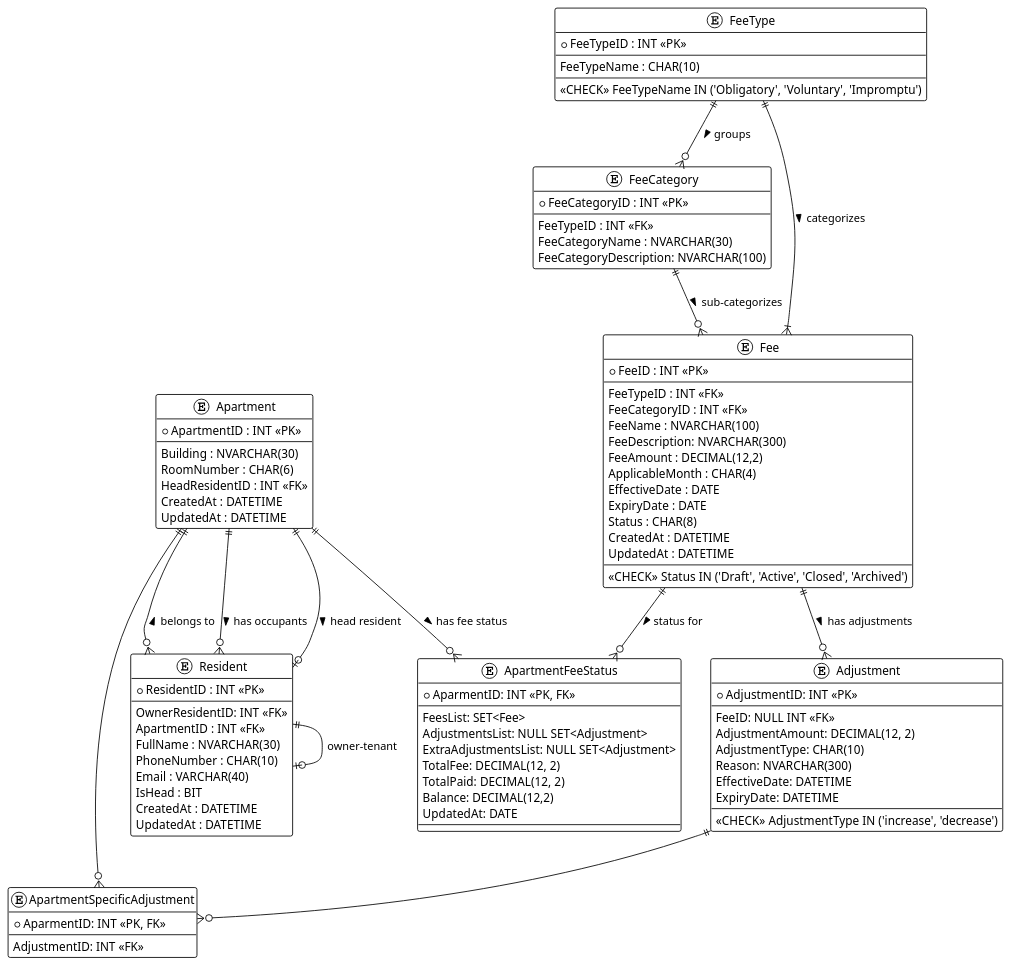
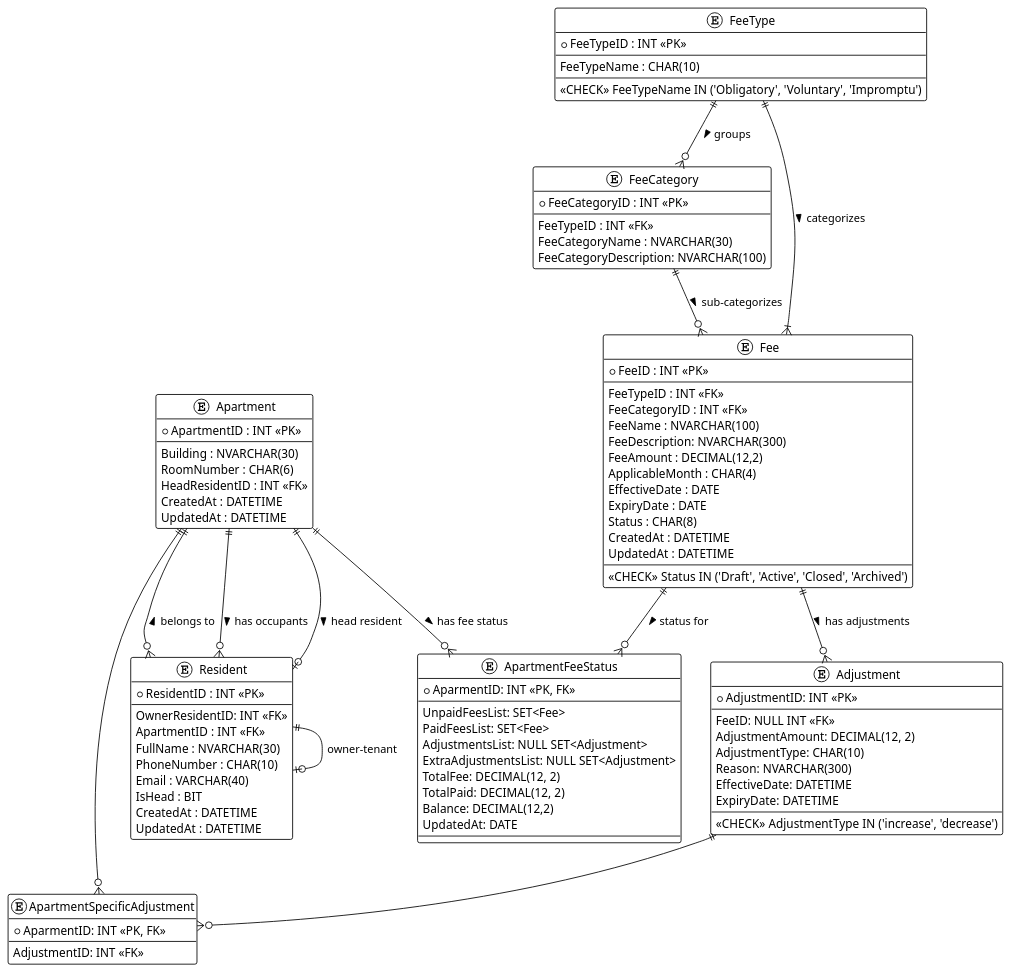
Before and after one commit to khoatran18/BluemoonManagement: the diagram in docs/sprint1/er_diagram.puml, drawn with PlantUML.

Commit message:
-docs: added unpaid fees list attr to ApartmentFeeStatus

```diff
--- a/docs/sprint1/er_diagram.puml
+++ b/docs/sprint1/er_diagram.puml
@@ -1,111 +1,112 @@
  @startuml name "db"
 !theme plain
 
 entity "Apartment" as Apartment {
   + ApartmentID : INT <<PK>>
   --
   Building : NVARCHAR(30)
   RoomNumber : CHAR(6)
   HeadResidentID : INT <<FK>>
   CreatedAt : DATETIME
   UpdatedAt : DATETIME
 }
 
 entity "Resident" as Resident {
   + ResidentID : INT <<PK>>
   --
   OwnerResidentID: INT <<FK>>
   ApartmentID : INT <<FK>>
   FullName : NVARCHAR(30)
   PhoneNumber : CHAR(10)
   Email : VARCHAR(40)
   IsHead : BIT
   CreatedAt : DATETIME
   UpdatedAt : DATETIME
 }
 
 entity "FeeType" as FeeType {
   + FeeTypeID : INT <<PK>>
   --
   FeeTypeName : CHAR(10)
   --
   <<CHECK>> FeeTypeName IN ('Obligatory', 'Voluntary', 'Impromptu')
 }
 
 entity "FeeCategory" as FeeCategory {
   + FeeCategoryID : INT <<PK>>
   --
   FeeTypeID : INT <<FK>>
   FeeCategoryName : NVARCHAR(30)
   FeeCategoryDescription: NVARCHAR(100)
 }
 
 entity "Fee" as Fee {
   + FeeID : INT <<PK>>
   --
   FeeTypeID : INT <<FK>>
   FeeCategoryID : INT <<FK>>
   FeeName : NVARCHAR(100)
   FeeDescription: NVARCHAR(300)
   FeeAmount : DECIMAL(12,2)
   ApplicableMonth : CHAR(4)
   EffectiveDate : DATE
   ExpiryDate : DATE
   Status : CHAR(8)
   CreatedAt : DATETIME
   UpdatedAt : DATETIME
   --
    <<CHECK>> Status IN ('Draft', 'Active', 'Closed', 'Archived')
 }
 
 
 entity "ApartmentFeeStatus" as ApartmentFeeStatus{
   + AparmentID: INT <<PK, FK>>
   --
-  FeesList: SET<Fee>
+  UnpaidFeesList: SET<Fee>
+  PaidFeesList: SET<Fee>
   AdjustmentsList: NULL SET<Adjustment>
   ExtraAdjustmentsList: NULL SET<Adjustment>
   TotalFee: DECIMAL(12, 2)
   TotalPaid: DECIMAL(12, 2)
   Balance: DECIMAL(12,2)
   UpdatedAt: DATE
   --
 }
 
 entity "Adjustment" as Adjustment{
   + AdjustmentID: INT <<PK>>
   --
   FeeID: NULL INT <<FK>>
   AdjustmentAmount: DECIMAL(12, 2)
   AdjustmentType: CHAR(10)
   Reason: NVARCHAR(300)
   EffectiveDate: DATETIME
   ExpiryDate: DATETIME 
   --
   <<CHECK>> AdjustmentType IN ('increase', 'decrease')
 }
 
 entity "ApartmentSpecificAdjustment" as ApartmentSpecificAdjustment{
   + AparmentID: INT <<PK, FK>>
   --
   AdjustmentID: INT <<FK>>
 }
 
 '--------------------------
 ' Relationships
 '--------------------------
 
 Apartment ||--o{ Resident : "has occupants >"
 Resident }o--|| Apartment : "belongs to >"
 Resident ||--o| Resident: "owner-tenant"
 FeeType ||--|{ Fee : "categorizes >"
 FeeType ||--o{ FeeCategory : "groups >"
 FeeCategory ||--o{ Fee : "sub-categorizes >"
 Apartment ||--o| Resident : "head resident >"
 Apartment ||--o{ ApartmentFeeStatus : "has fee status >"
 Fee ||--o{ ApartmentFeeStatus : "status for >"
 Fee ||--o{ Adjustment : "has adjustments >"
 Apartment ||--o{ ApartmentSpecificAdjustment
 Adjustment ||--o{ ApartmentSpecificAdjustment
 
 @enduml
```
